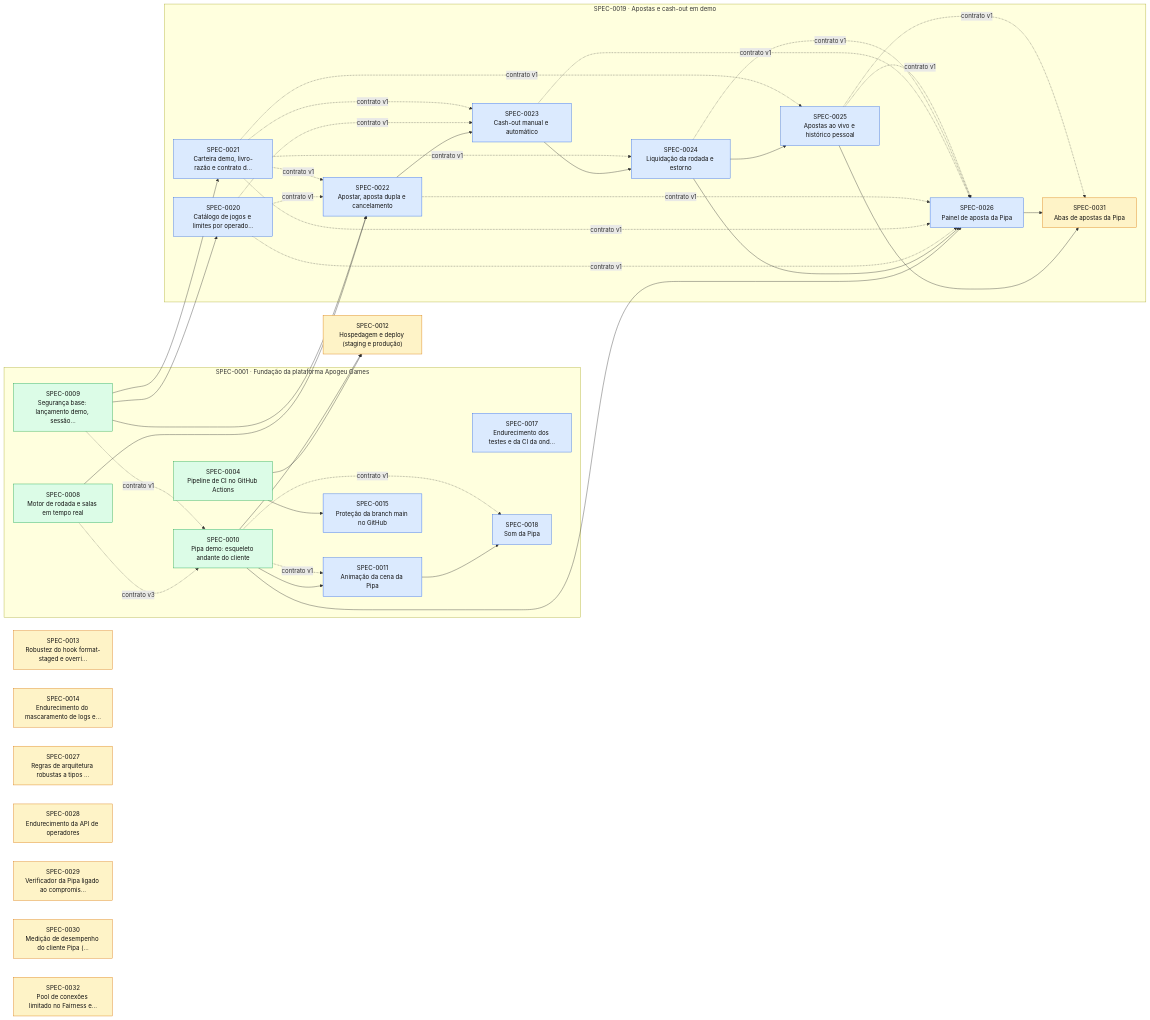
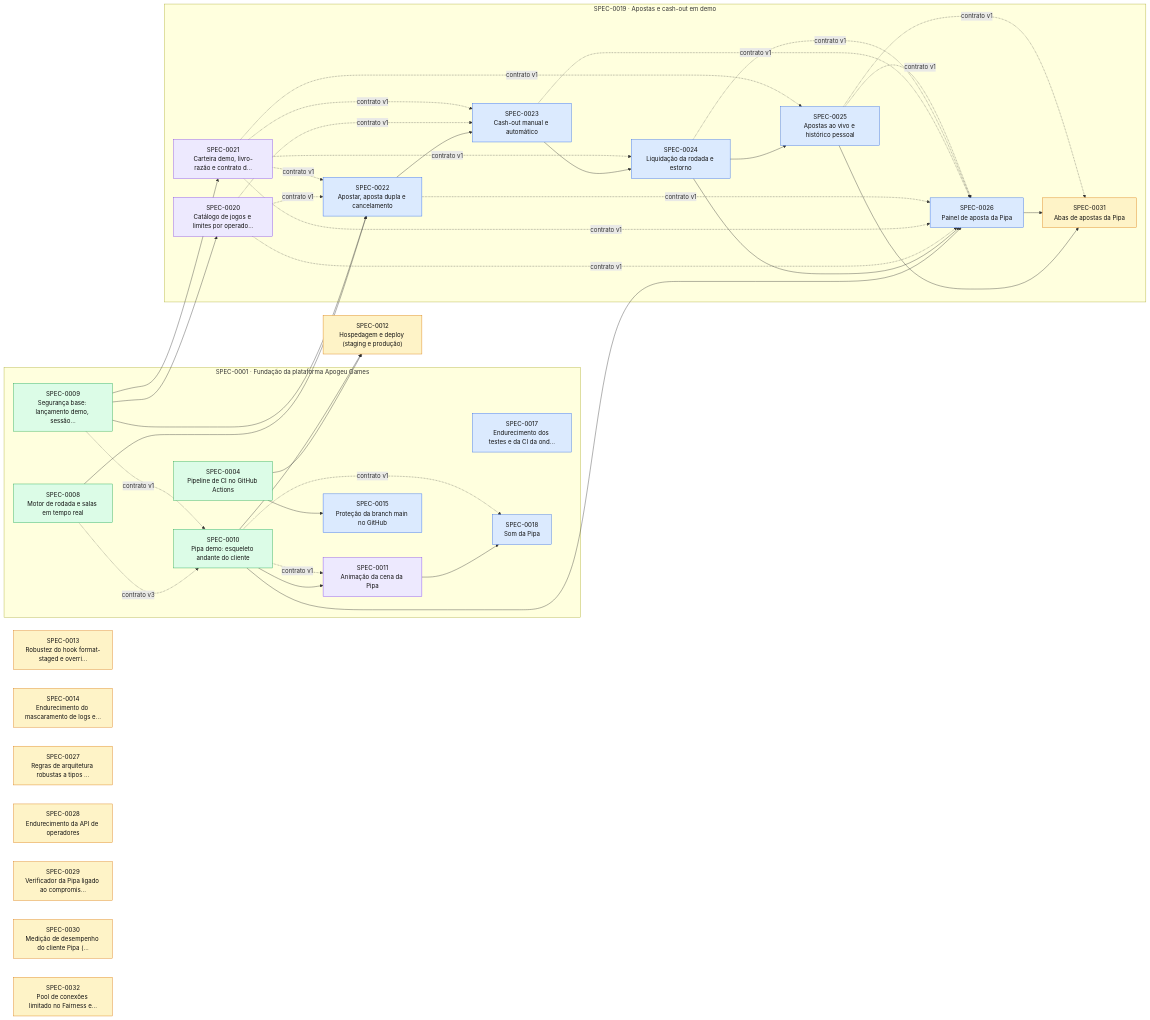
The diagram in docs/specs/INDEX.md (thomasravache/crash-games-provider), drawn with Mermaid before and after one commit. The commit also changed other lines of this file and 3 other files, not shown here.

````diff
--- a/docs/specs/INDEX.md
+++ b/docs/specs/INDEX.md
@@ -86,69 +86,69 @@
 ```mermaid
 flowchart LR
   S0012["SPEC-0012<br/>Hospedagem e deploy (staging e produção)"]:::proposed
   S0013["SPEC-0013<br/>Robustez do hook format-staged e overri…"]:::proposed
   S0014["SPEC-0014<br/>Endurecimento do mascaramento de logs e…"]:::proposed
   S0027["SPEC-0027<br/>Regras de arquitetura robustas a tipos …"]:::proposed
   S0028["SPEC-0028<br/>Endurecimento da API de operadores"]:::proposed
   S0029["SPEC-0029<br/>Verificador da Pipa ligado ao compromis…"]:::proposed
   S0030["SPEC-0030<br/>Medição de desempenho do cliente Pipa (…"]:::proposed
   S0032["SPEC-0032<br/>Pool de conexões limitado no Fairness e…"]:::proposed
   subgraph E0001["SPEC-0001 · Fundação da plataforma Apogeu Games"]
     S0004["SPEC-0004<br/>Pipeline de CI no GitHub Actions"]:::implemented
     S0008["SPEC-0008<br/>Motor de rodada e salas em tempo real"]:::implemented
     S0009["SPEC-0009<br/>Segurança base: lançamento demo, sessão…"]:::implemented
     S0010["SPEC-0010<br/>Pipa demo: esqueleto andante do cliente"]:::implemented
-    S0011["SPEC-0011<br/>Animação da cena da Pipa"]:::approved
+    S0011["SPEC-0011<br/>Animação da cena da Pipa"]:::inprogress
     S0015["SPEC-0015<br/>Proteção da branch main no GitHub"]:::approved
     S0017["SPEC-0017<br/>Endurecimento dos testes e da CI da ond…"]:::approved
     S0018["SPEC-0018<br/>Som da Pipa"]:::approved
   end
   subgraph E0019["SPEC-0019 · Apostas e cash-out em demo"]
-    S0020["SPEC-0020<br/>Catálogo de jogos e limites por operado…"]:::approved
-    S0021["SPEC-0021<br/>Carteira demo, livro-razão e contrato d…"]:::approved
+    S0020["SPEC-0020<br/>Catálogo de jogos e limites por operado…"]:::inprogress
+    S0021["SPEC-0021<br/>Carteira demo, livro-razão e contrato d…"]:::inprogress
     S0022["SPEC-0022<br/>Apostar, aposta dupla e cancelamento"]:::approved
     S0023["SPEC-0023<br/>Cash-out manual e automático"]:::approved
     S0024["SPEC-0024<br/>Liquidação da rodada e estorno"]:::approved
     S0025["SPEC-0025<br/>Apostas ao vivo e histórico pessoal"]:::approved
     S0026["SPEC-0026<br/>Painel de aposta da Pipa"]:::approved
     S0031["SPEC-0031<br/>Abas de apostas da Pipa"]:::proposed
   end
   S0008 -. contrato v3 .-> S0010
   S0009 -. contrato v1 .-> S0010
   S0010 --> S0011
   S0010 -. contrato v1 .-> S0011
   S0004 --> S0012
   S0010 --> S0012
   S0004 --> S0015
   S0011 --> S0018
   S0010 -. contrato v1 .-> S0018
   S0009 --> S0020
   S0009 --> S0021
   S0008 --> S0022
   S0009 --> S0022
   S0020 -. contrato v1 .-> S0022
   S0021 -. contrato v1 .-> S0022
   S0022 --> S0023
   S0020 -. contrato v1 .-> S0023
   S0021 -. contrato v1 .-> S0023
   S0023 --> S0024
   S0021 -. contrato v1 .-> S0024
   S0024 --> S0025
   S0021 -. contrato v1 .-> S0025
   S0010 --> S0026
   S0024 --> S0026
   S0020 -. contrato v1 .-> S0026
   S0021 -. contrato v1 .-> S0026
   S0022 -. contrato v1 .-> S0026
   S0023 -. contrato v1 .-> S0026
   S0024 -. contrato v1 .-> S0026
   S0025 -. contrato v1 .-> S0026
   S0025 --> S0031
   S0026 --> S0031
   S0025 -. contrato v1 .-> S0031
   classDef proposed fill:#fef3c7,stroke:#d97706,color:#111
   classDef approved fill:#dbeafe,stroke:#2563eb,color:#111
   classDef inprogress fill:#ede9fe,stroke:#7c3aed,color:#111
   classDef implemented fill:#dcfce7,stroke:#16a34a,color:#111
   classDef deprecated fill:#f3f4f6,stroke:#9ca3af,color:#6b7280
 ```
````
